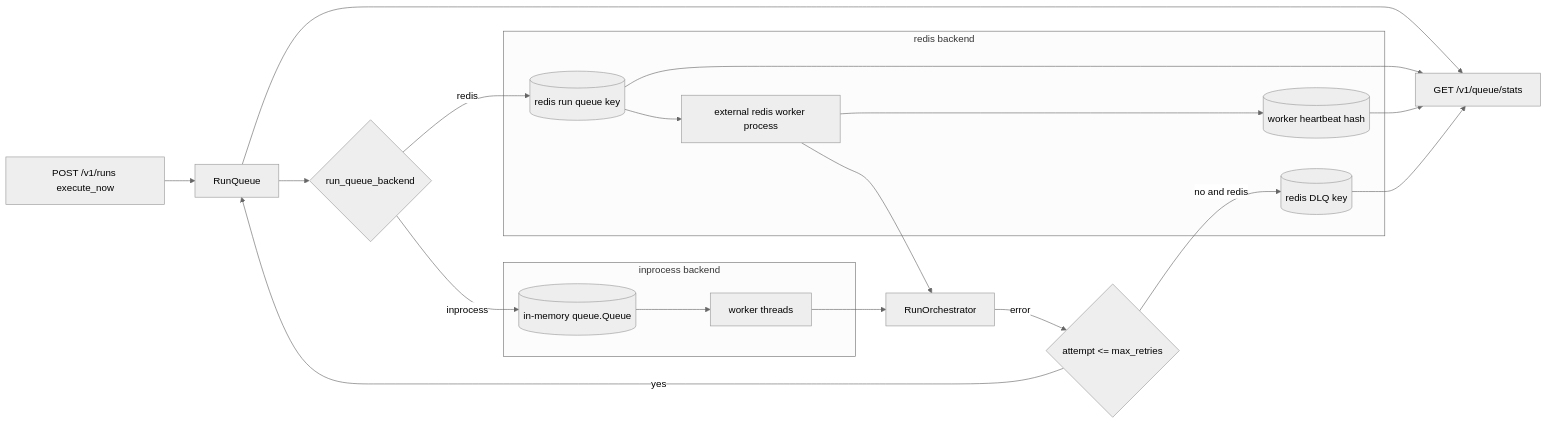
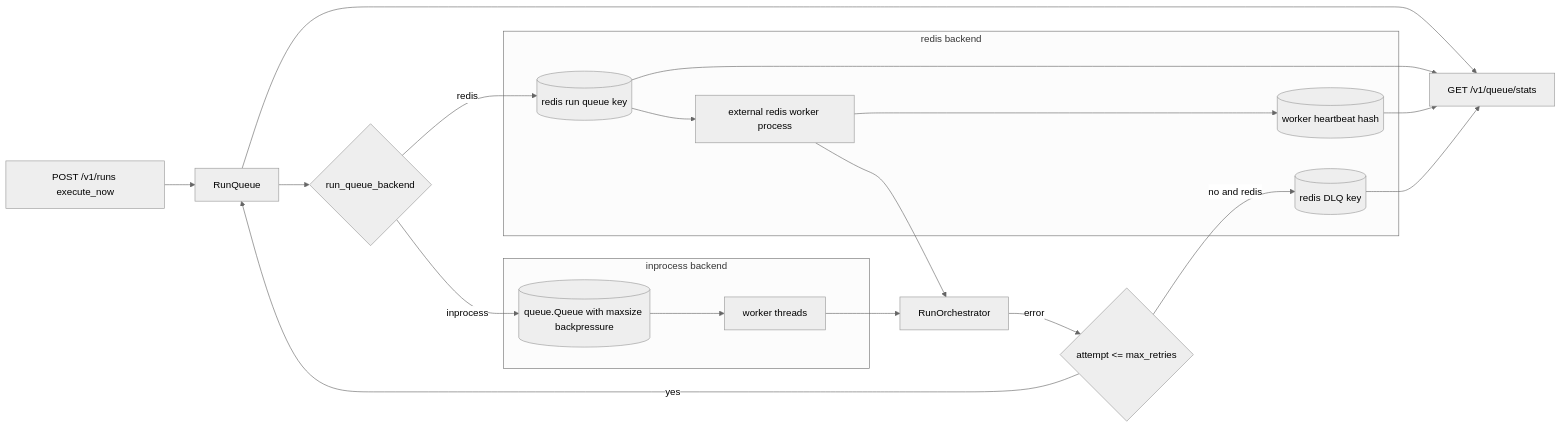
One commit to arpan404/metroX changed the fourth of 13 diagrams in docs/backend-architecture.mdx. Above: the diagram before and after it, drawn with Mermaid (neutral theme). The commit also changed other lines of this file and 5 other files, not shown here.

````diff
--- a/docs/backend-architecture.mdx
+++ b/docs/backend-architecture.mdx
@@ -243,43 +245,43 @@
 ```mermaid
 flowchart LR
     CREATE[POST /v1/runs execute_now]
     RQ[RunQueue]
     BACKEND{run_queue_backend}
 
     subgraph InProcess[inprocess backend]
-        IQ[(in-memory queue.Queue)]
+        IQ[(queue.Queue with maxsize backpressure)]
         T[worker threads]
     end
 
     subgraph RedisPath[redis backend]
         RQKEY[(redis run queue key)]
         RW[external redis worker process]
         HEART[(worker heartbeat hash)]
         DLQ[(redis DLQ key)]
     end
 
     ORCH[RunOrchestrator]
     RETRY{attempt <= max_retries}
     STATS[GET /v1/queue/stats]
 
     CREATE --> RQ
     RQ --> BACKEND
 
     BACKEND -->|inprocess| IQ
     IQ --> T
     T --> ORCH
 
     BACKEND -->|redis| RQKEY
     RQKEY --> RW
     RW --> ORCH
     RW --> HEART
 
     ORCH -->|error| RETRY
     RETRY -->|yes| RQ
     RETRY -->|no and redis| DLQ
 
     RQ --> STATS
     RQKEY --> STATS
     HEART --> STATS
     DLQ --> STATS
 ```
````
